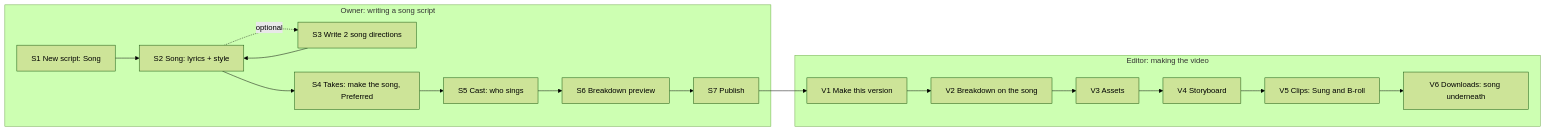
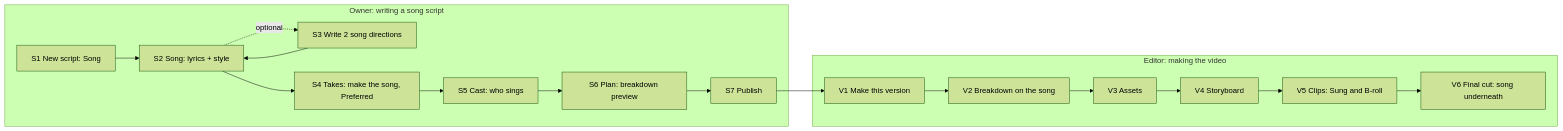
The diagram in docs/next/flows.md (reedpafford/brand-studio), drawn with Mermaid (forest theme) before and after one commit. The commit also changed other lines of this file and 1 other file, not shown here.

First line of the commit message:
Next flow map: styles, brand setup, video settings, organization, layout (#743)

````diff
--- a/docs/next/flows.md
+++ b/docs/next/flows.md
@@ -48,20 +65,20 @@
 ```mermaid
 flowchart LR
   subgraph Owner["Owner: writing a song script"]
     N[S1 New script: Song] --> L[S2 Song: lyrics + style]
     L -. optional .-> D[S3 Write 2 song directions]
     D --> L
     L --> M[S4 Takes: make the song, Preferred]
     M --> C[S5 Cast: who sings]
-    C --> BP[S6 Breakdown preview]
+    C --> BP[S6 Plan: breakdown preview]
     BP --> P[S7 Publish]
   end
   subgraph Editor["Editor: making the video"]
     P --> V[V1 Make this version]
     V --> B[V2 Breakdown on the song]
     B --> A[V3 Assets]
     A --> SB[V4 Storyboard]
     SB --> CL[V5 Clips: Sung and B-roll]
-    CL --> DL[V6 Downloads: song underneath]
+    CL --> DL[V6 Final cut: song underneath]
   end
 ```
````
